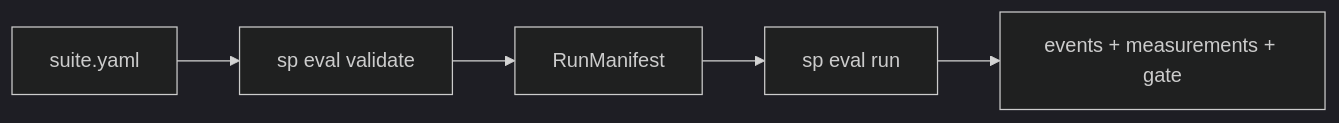
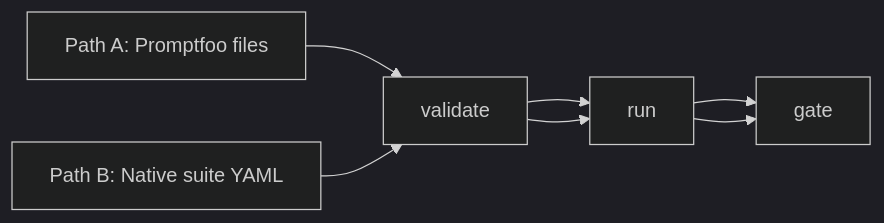
One commit to softprobe/document-website changed the first of 2 diagrams in en/evaluation/getting-started.md. Above: the diagram before and after it, drawn with Mermaid (dark theme). The commit also changed other lines of this file and 3 other files, not shown here.

````diff
--- a/en/evaluation/getting-started.md
+++ b/en/evaluation/getting-started.md
@@ -16,9 +14,10 @@
 ```mermaid
 flowchart LR
-  Suite[suite.yaml]
-  V[sp eval validate]
-  M[RunManifest]
-  R[sp eval run]
-  Out[events + measurements + gate]
-  Suite --> V --> M --> R --> Out
+  A[Path A: Promptfoo files]
+  B[Path B: Native suite YAML]
+  V[validate]
+  R[run]
+  G[gate]
+  A --> V --> R --> G
+  B --> V --> R --> G
 ```
````
